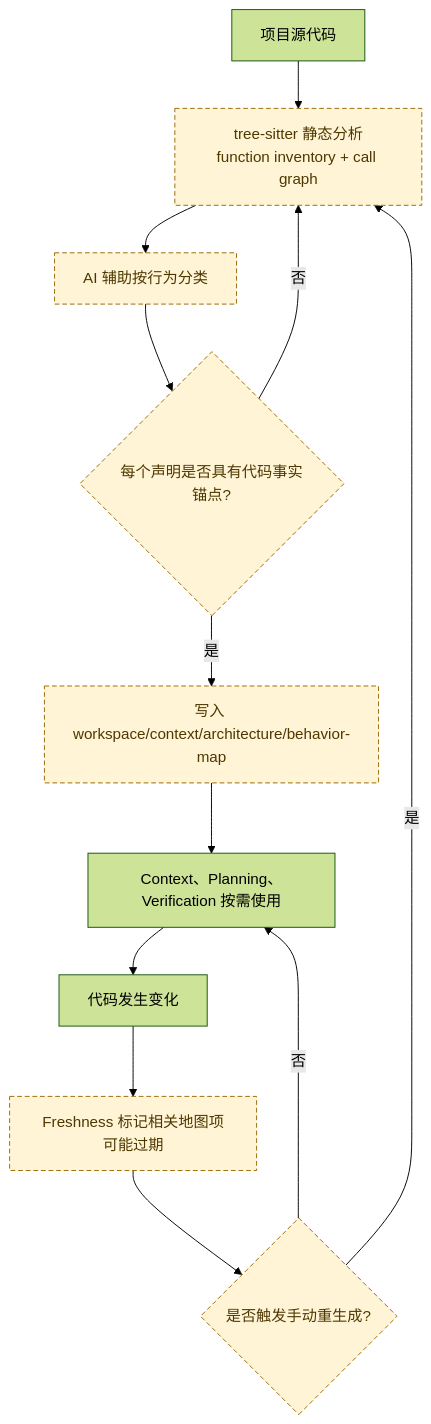
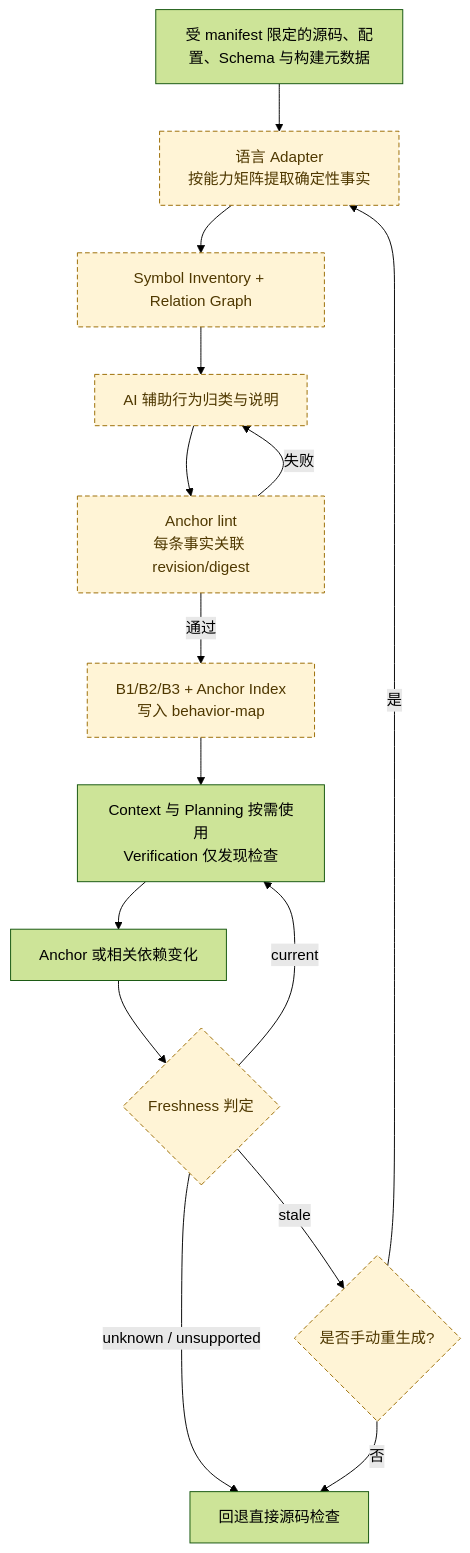
One commit to zhanyan-Ader1y/Themis changed the third of 7 diagrams in docs/workflow.md. Above: the diagram before and after it, drawn with Mermaid (forest theme). The commit also changed other lines of this file and 20 other files, not shown here.

````diff
--- a/docs/workflow.md
+++ b/docs/workflow.md
@@ -302,22 +326,27 @@
 ```mermaid
 flowchart TD
-    SRC[项目源代码]
-    STATIC[tree-sitter 静态分析<br/>function inventory + call graph]
-    CLASSIFY[AI 辅助按行为分类]
-    FACTS{每个声明是否具有代码事实锚点?}
-    MAP[写入 workspace/context/architecture/behavior-map]
-    USE[Context、Planning、Verification 按需使用]
-    CHANGE[代码发生变化]
-    STALE[Freshness 标记相关地图项可能过期]
-    HUMAN{是否触发手动重生成?}
+    SRC[受 manifest 限定的源码、配置、Schema 与构建元数据]
+    ADAPTER[语言 Adapter<br/>按能力矩阵提取确定性事实]
+    INVENTORY[Symbol Inventory + Relation Graph]
+    CLASSIFY[AI 辅助行为归类与说明]
+    ANCHOR[Anchor lint<br/>每条事实关联 revision/digest]
+    MAP[B1/B2/B3 + Anchor Index<br/>写入 behavior-map]
+    USE[Context 与 Planning 按需使用<br/>Verification 仅发现检查]
+    CHANGE[Anchor 或相关依赖变化]
+    FRESH{Freshness 判定}
+    REGEN{是否手动重生成?}
+    SOURCE[回退直接源码检查]
 
-    SRC --> STATIC --> CLASSIFY --> FACTS
-    FACTS -- 否 --> STATIC
-    FACTS -- 是 --> MAP --> USE
-    USE --> CHANGE --> STALE --> HUMAN
-    HUMAN -- 是 --> STATIC
-    HUMAN -- 否 --> USE
+    SRC --> ADAPTER --> INVENTORY --> CLASSIFY --> ANCHOR
+    ANCHOR -- 失败 --> CLASSIFY
+    ANCHOR -- 通过 --> MAP --> USE
+    USE --> CHANGE --> FRESH
+    FRESH -- current --> USE
+    FRESH -- stale --> REGEN
+    FRESH -- unknown / unsupported --> SOURCE
+    REGEN -- 是 --> ADAPTER
+    REGEN -- 否 --> SOURCE
 
     classDef planned fill:#fff4d6,stroke:#9a6b00,color:#4f3800,stroke-dasharray:5 3;
-    class STATIC,CLASSIFY,FACTS,MAP,STALE,HUMAN planned;
+    class ADAPTER,INVENTORY,CLASSIFY,ANCHOR,MAP,FRESH,REGEN planned;
 ```
````
